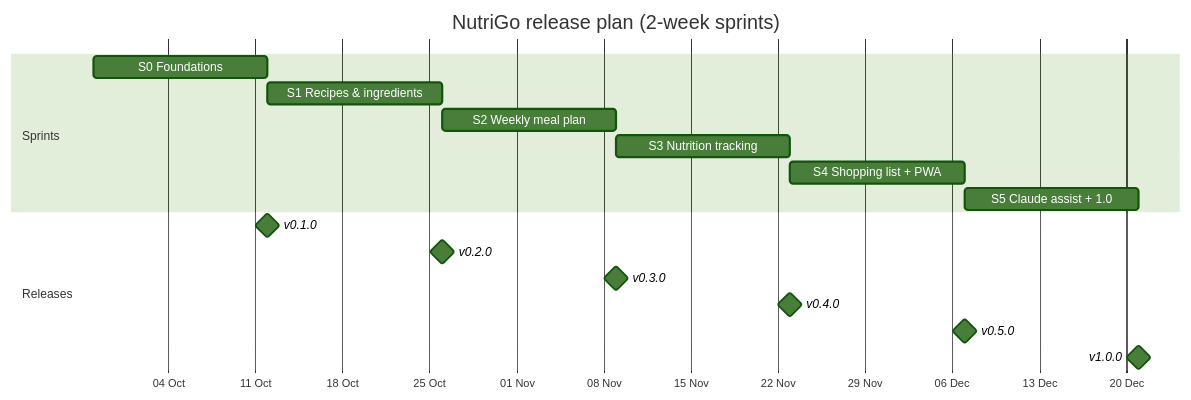
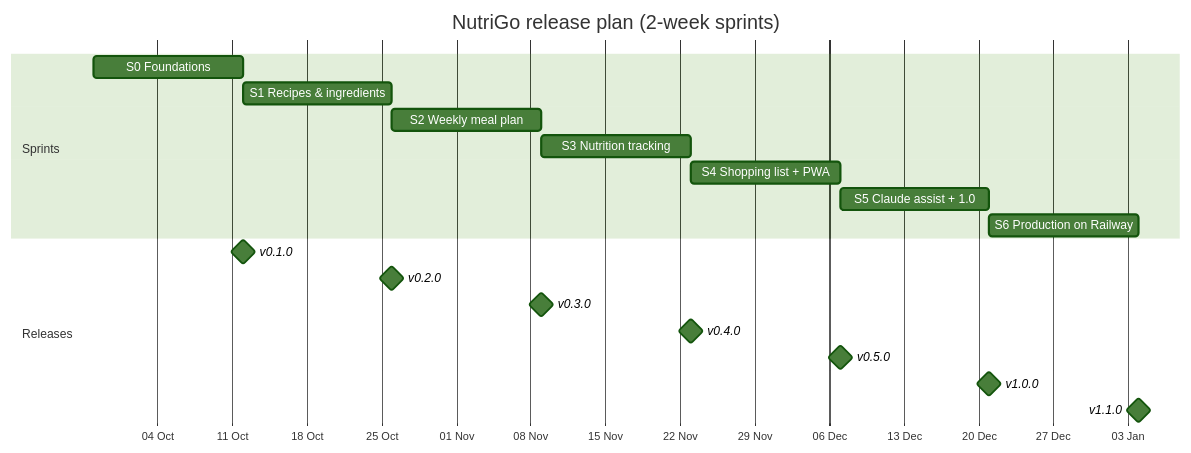
The first of 2 diagrams in docs/roadmap.md (micheltsarasoa/nutrigo), drawn with Mermaid (forest theme) before and after one commit. The commit also changed other lines of this file and 13 other files, not shown here.

First line of the commit message:
docs: move Railway deployment after v1.0.0

````diff
--- a/docs/roadmap.md
+++ b/docs/roadmap.md
@@ -5,20 +5,22 @@
 ```mermaid
 gantt
     title NutriGo release plan (2-week sprints)
     dateFormat YYYY-MM-DD
     axisFormat %d %b
     section Sprints
     S0 Foundations            :s0, 2026-09-28, 14d
     S1 Recipes & ingredients  :s1, after s0, 14d
     S2 Weekly meal plan       :s2, after s1, 14d
     S3 Nutrition tracking     :s3, after s2, 14d
     S4 Shopping list + PWA    :s4, after s3, 14d
     S5 Claude assist + 1.0    :s5, after s4, 14d
+    S6 Production on Railway  :s6, after s5, 14d
     section Releases
     v0.1.0 :milestone, after s0, 0d
     v0.2.0 :milestone, after s1, 0d
     v0.3.0 :milestone, after s2, 0d
     v0.4.0 :milestone, after s3, 0d
     v0.5.0 :milestone, after s4, 0d
     v1.0.0 :milestone, after s5, 0d
+    v1.1.0 :milestone, after s6, 0d
 ```
````
